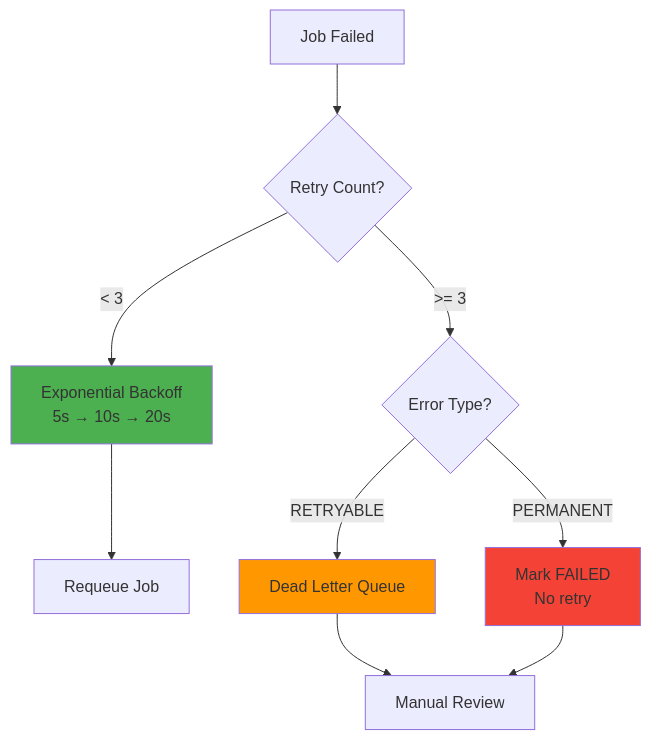
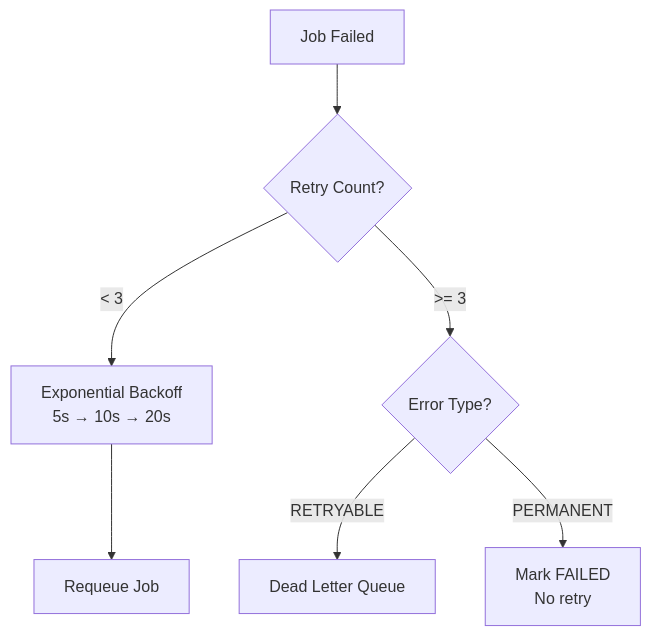
Before and after one commit to namtroi/RAGBase: the sixth of 7 diagrams in docs/ARCHITECTURE.md, drawn with Mermaid. The commit also changed other lines of this file and 7 other files, not shown here.

Commit message:
docs: update API and Architecture for Phase 2, add Phase 3 specs and roadmap

````diff
--- a/docs/ARCHITECTURE.md
+++ b/docs/ARCHITECTURE.md
@@ -254,17 +224,10 @@
 ```mermaid
 graph TD
     Job[Job Failed] --> Retry{Retry Count?}
     Retry -->|< 3| Backoff[Exponential Backoff<br/>5s → 10s → 20s]
     Backoff --> Requeue[Requeue Job]
     
     Retry -->|>= 3| Category{Error Type?}
     Category -->|RETRYABLE| DLQ[Dead Letter Queue]
     Category -->|PERMANENT| Failed[Mark FAILED<br/>No retry]
-    
-    DLQ --> Manual[Manual Review]
-    Failed --> Manual
-    
-    style Backoff fill:#4CAF50
-    style DLQ fill:#FF9800
-    style Failed fill:#F44336
 ```
````
